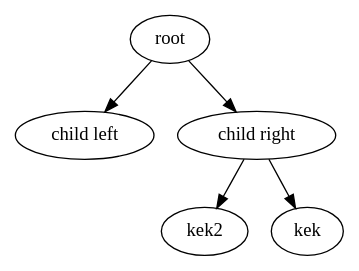
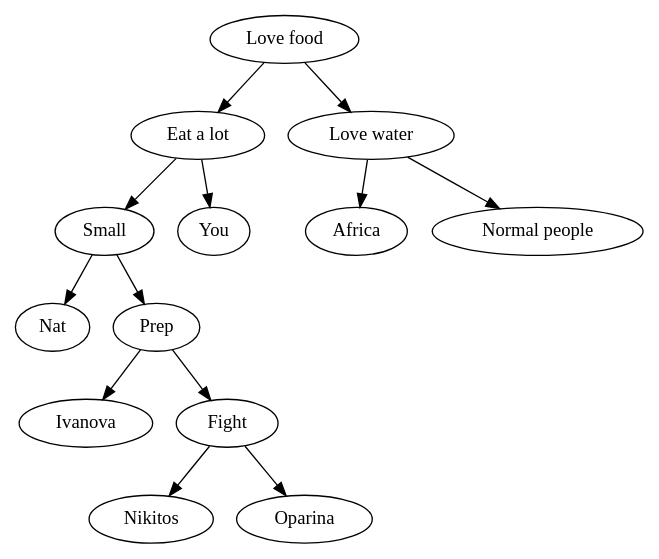
The diagram in img/tree.dot (optirus909/akinator), drawn with Graphviz before and after one commit. The commit also changed 6 other files, not shown here.

```diff
--- a/img/tree.dot
+++ b/img/tree.dot
@@ -1,7 +1,15 @@
 digraph
  {
-    <root> -> <child left>
-    <root> -> <child right>
-    <child right> -> <kek2>
-    <child right> -> <kek>
+    <Love food> -> <Eat a lot>
+    <Eat a lot> -> <Small>
+    <Small> -> <Nat>
+    <Small> -> <Prep>
+    <Prep> -> <Ivanova >
+    <Prep> -> <Fight >
+    <Fight > -> <Nikitos >
+    <Fight > -> <Oparina >
+    <Eat a lot> -> <You>
+    <Love food> -> <Love water>
+    <Love water> -> <Africa>
+    <Love water> -> <Normal people>
  }
```
